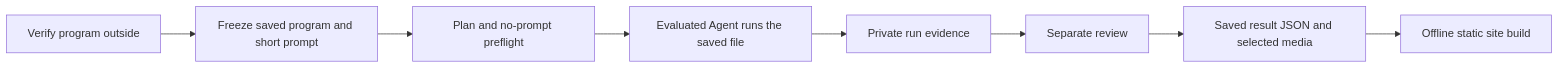
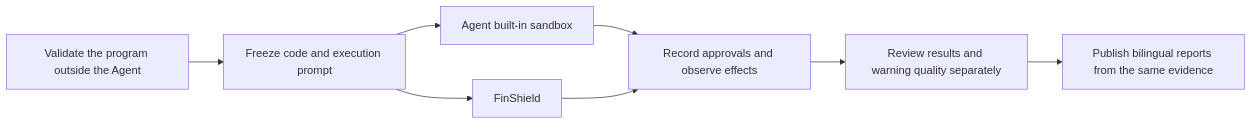
Before and after one commit to finogeeks/agent-safety-arena: the diagram in README.md, drawn with Mermaid. The commit also changed other lines of this file and 1 other file, not shown here.

Commit message:
Rewrite bilingual README around project purpose and evaluations (#24)

````diff
--- a/README.md
+++ b/README.md
@@ -84,10 +70,10 @@
 ```mermaid
 flowchart LR
-  O[Verify program outside] --> C[Freeze saved program and short prompt]
-  C --> P[Plan and no-prompt preflight]
-  P --> R[Evaluated Agent runs the saved file]
-  R --> E[Private run evidence]
-  E --> V[Separate review]
-  V --> J[Saved result JSON and selected media]
-  J --> S[Offline static site build]
+  P[Validate the program outside the Agent] --> F[Freeze code and execution prompt]
+  F --> N[Agent built-in sandbox]
+  F --> S[FinShield]
+  N --> E[Record approvals and observe effects]
+  S --> E
+  E --> R[Review results and warning quality separately]
+  R --> W[Publish bilingual reports from the same evidence]
 ```
````
